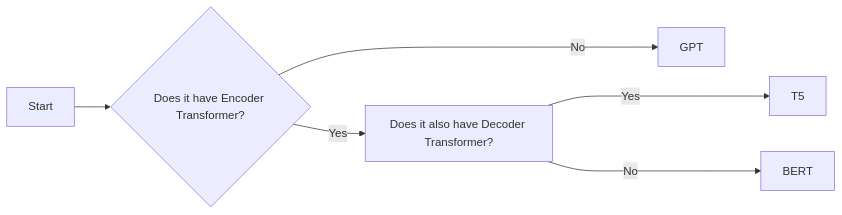
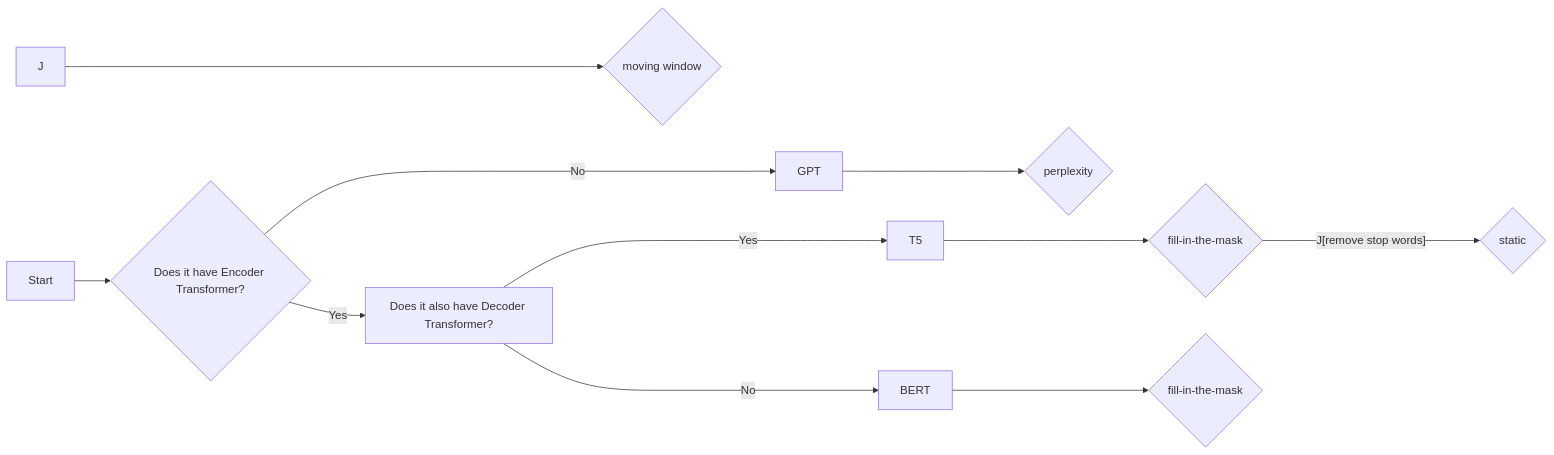
One commit to yancong222/scriptscz changed the diagram in README.md. Above: the diagram before and after it, drawn with Mermaid.

````diff
--- a/README.md
+++ b/README.md
@@ -3,12 +3,14 @@
 ```mermaid
 flowchart LR
     A[Start] --> B{Does it have Encoder Transformer?}
     B -- Yes --> C[Does it also have Decoder Transformer?]
-    C -- Yes ----> D[T5]
-    C -- No ----> E[BERT]
-    B -- No ----> F[GPT]
+    C -- Yes ----> D[T5] ----> G{fill-in-the-mask}
+    G -- J[remove stop words] ----> K{static}
+    J ----> L{moving window}
+    C -- No ----> E[BERT] ----> H{fill-in-the-mask}
+    B -- No ----> F[GPT] ----> I{perplexity}
     click A "https://github.com/yancong222/scriptscz/blob/main/perplexity/ed_perplexity.py" _blank
     click B "http://www.github.com" "Open this in a new tab" _blank
     click C href "http://www.github.com" _blank
     click D href "http://www.github.com" "Open this in a new tab" _blank
 ```
````
